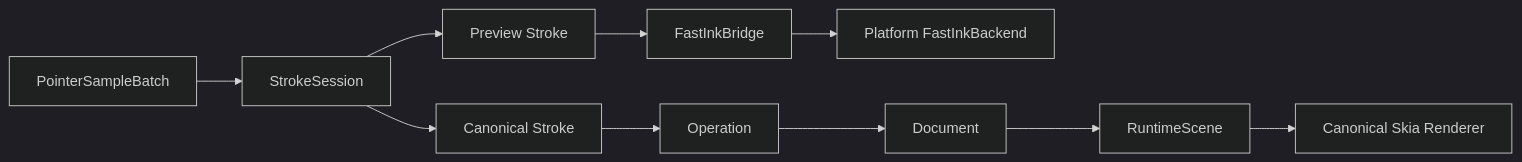
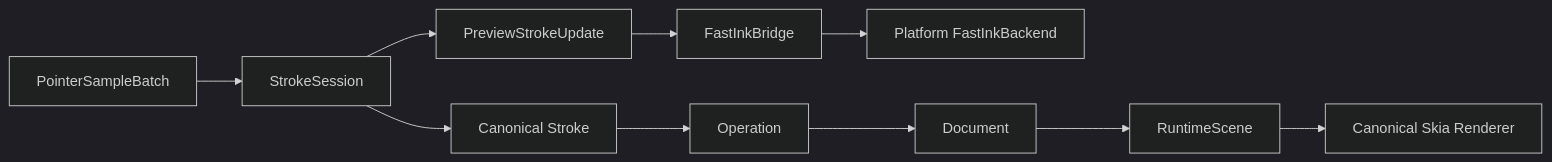
The second of 2 diagrams in docs/architecture/SYSTEM_ARCHITECTURE.md (Mostorm-Labs/Axiom), drawn with Mermaid (dark theme) before and after one commit. The commit also changed other lines of this file and 7 other files, not shown here.

Commit message:
docs: clarify runtime architecture boundaries

````diff
--- a/docs/architecture/SYSTEM_ARCHITECTURE.md
+++ b/docs/architecture/SYSTEM_ARCHITECTURE.md
@@ -237,12 +284,12 @@
 ```mermaid
 flowchart LR
   Samples["PointerSampleBatch"] --> Session["StrokeSession"]
-  Session --> Preview["Preview Stroke"]
+  Session --> Preview["PreviewStrokeUpdate"]
   Session --> Canonical["Canonical Stroke"]
   Preview --> Bridge["FastInkBridge"]
   Bridge --> Platform["Platform FastInkBackend"]
   Canonical --> Ops["Operation"]
   Ops --> Doc["Document"]
   Doc --> Scene["RuntimeScene"]
   Scene --> Skia["Canonical Skia Renderer"]
 ```
````
